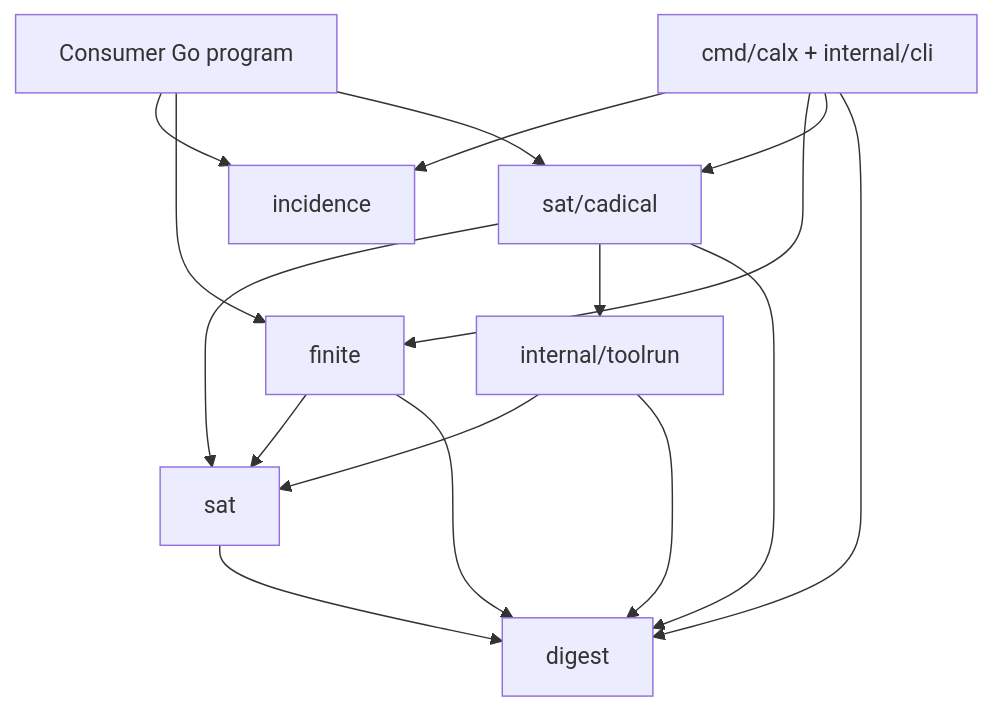
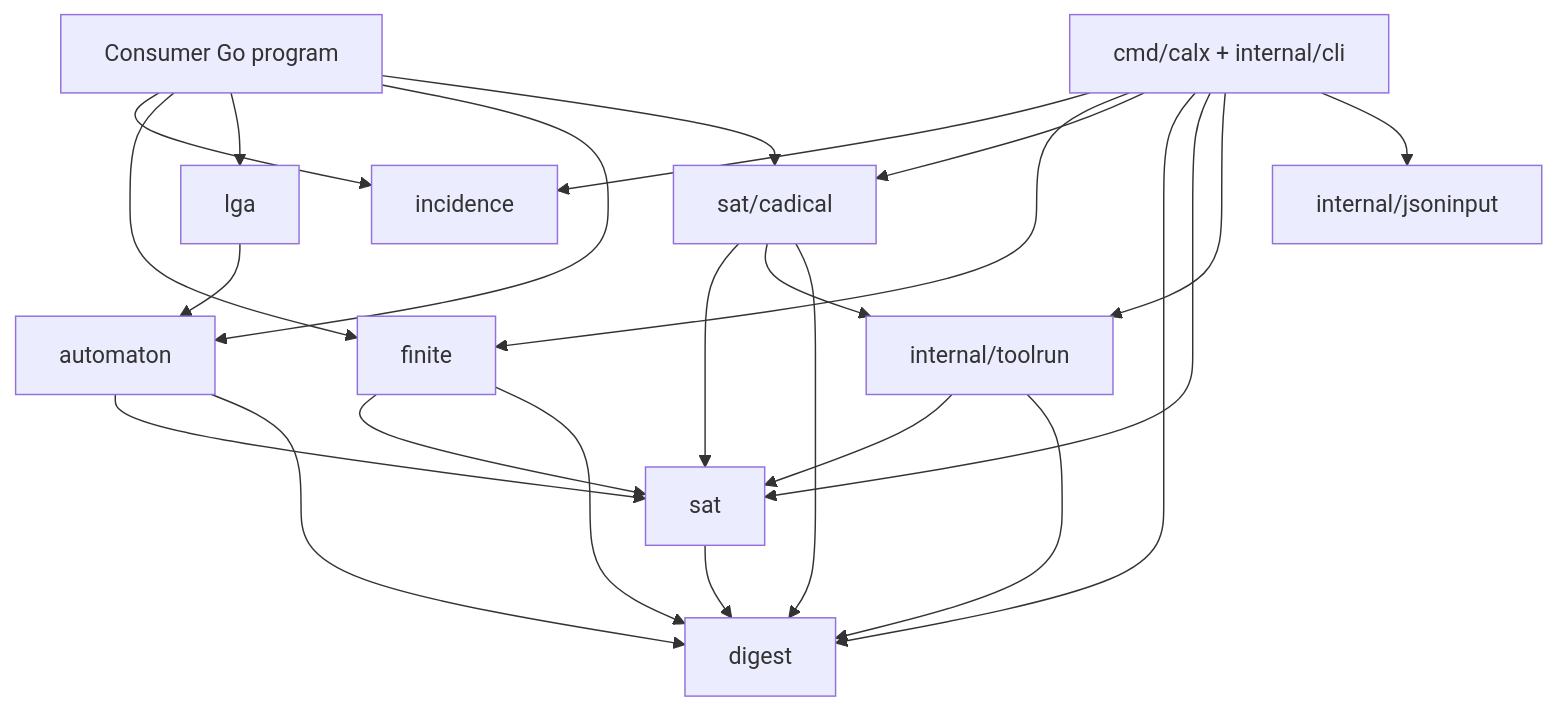
Before and after one commit to Yui-Qi-Tang/calx: the first of 2 diagrams in docs/architecture.md, drawn with Mermaid. The commit also changed other lines of this file and 9 other files, not shown here.

````diff
--- a/docs/architecture.md
+++ b/docs/architecture.md
@@ -15,18 +17,26 @@
 ```mermaid
 flowchart TD
     Consumer["Consumer Go program"] --> Incidence["incidence"]
     Consumer --> Finite["finite"]
+    Consumer --> LGA["lga"]
+    Consumer --> Automaton["automaton"]
+    LGA --> Automaton
     Consumer --> Cadical["sat/cadical"]
     CLI["cmd/calx + internal/cli"] --> Incidence
     CLI --> Finite
     CLI --> Cadical
     Finite --> SAT["sat"]
+    Automaton --> SAT
     Cadical --> SAT
     Cadical --> Toolrun["internal/toolrun"]
     Toolrun --> SAT
     SAT --> Digest["digest"]
     Finite --> Digest
+    Automaton --> Digest
     Cadical --> Digest
     Toolrun --> Digest
     CLI --> Digest
+    CLI --> SAT
+    CLI --> Toolrun
+    CLI --> JSONInput["internal/jsoninput"]
 ```
````
